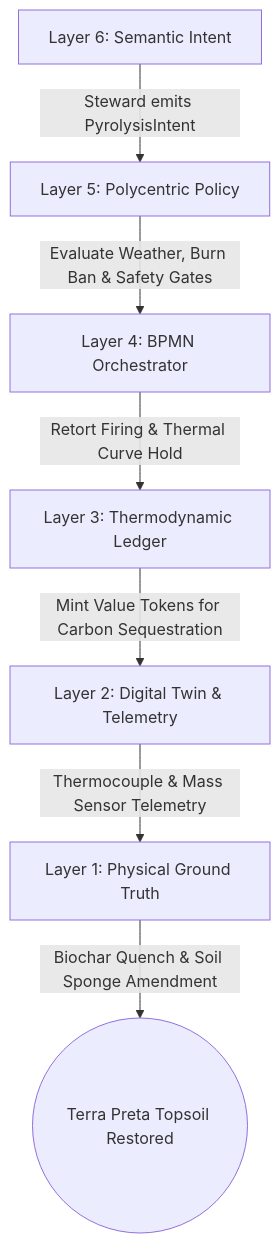
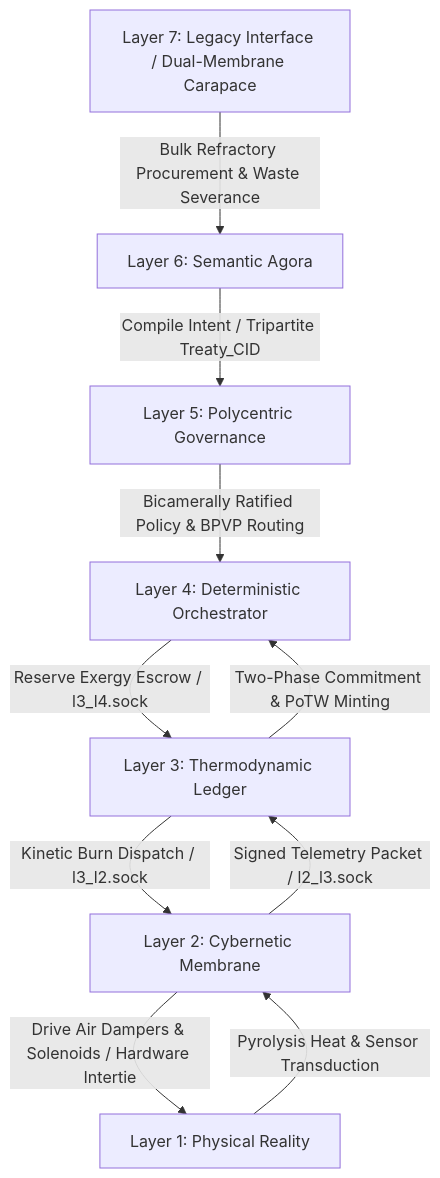
The first of 4 diagrams in docs/scenarios/mu_extraction.md (raffaine/collective), drawn with Mermaid before and after one commit. The commit also changed other lines of this file and 23 other files, not shown here.

````diff
--- a/docs/scenarios/mu_extraction.md
+++ b/docs/scenarios/mu_extraction.md
@@ -37,9 +39,12 @@
 ```mermaid
 graph TD
-    L6[Layer 6: Semantic Intent] -->|Steward emits PyrolysisIntent| L5[Layer 5: Polycentric Policy]
-    L5 -->|Evaluate Weather, Burn Ban & Safety Gates| L4[Layer 4: BPMN Orchestrator]
-    L4 -->|Retort Firing & Thermal Curve Hold| L3[Layer 3: Thermodynamic Ledger]
-    L3 -->|Mint Value Tokens for Carbon Sequestration| L2[Layer 2: Digital Twin & Telemetry]
-    L2 -->|Thermocouple & Mass Sensor Telemetry| L1[Layer 1: Physical Ground Truth]
-    L1 -->|Biochar Quench & Soil Sponge Amendment| End((Terra Preta Topsoil Restored))
+    L7[Layer 7: Legacy Interface / Dual-Membrane Carapace] -->|Bulk Refractory Procurement & Waste Severance| L6[Layer 6: Semantic Agora]
+    L6 -->|Compile Intent / Tripartite Treaty_CID| L5[Layer 5: Polycentric Governance]
+    L5 -->|Bicamerally Ratified Policy & BPVP Routing| L4[Layer 4: Deterministic Orchestrator]
+    L4 -->|Reserve Exergy Escrow / l3_l4.sock| L3[Layer 3: Thermodynamic Ledger]
+    L3 -->|Kinetic Burn Dispatch / l3_l2.sock| L2[Layer 2: Cybernetic Membrane]
+    L2 -->|Drive Air Dampers & Solenoids / Hardware Intertie| L1[Layer 1: Physical Reality]
+    L1 -->|Pyrolysis Heat & Sensor Transduction| L2
+    L2 -->|Signed Telemetry Packet / l2_l3.sock| L3
+    L3 -->|Two-Phase Commitment & PoTW Minting| L4
 ```
````
